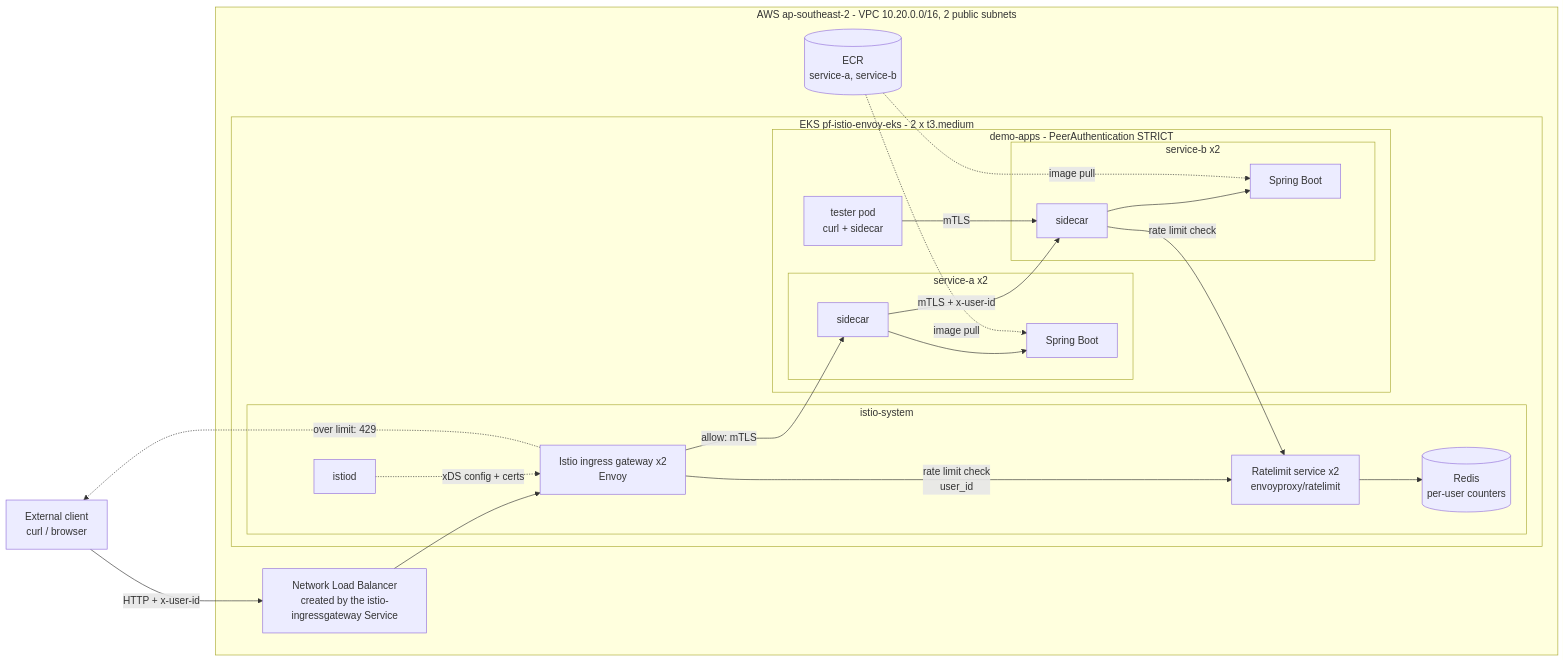
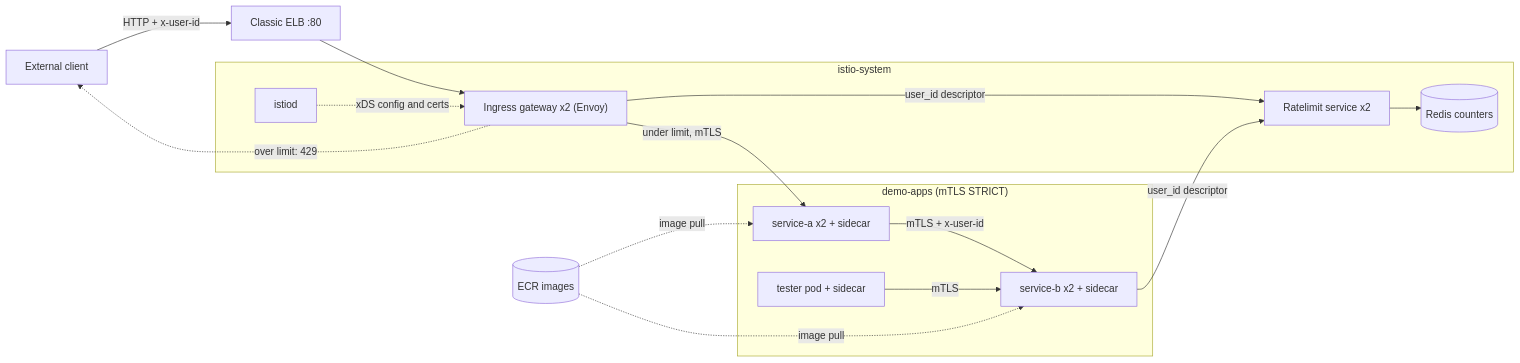
The diagram in diagrams/cluster-data-flow.mmd (mabdullah679/istio-envoy), drawn with Mermaid before and after one commit. The commit also changed 3 other files, not shown here.

Commit message:
Write README.md and README.txt with deployed evidence; refresh diagrams

```diff
--- a/diagrams/cluster-data-flow.mmd
+++ b/diagrams/cluster-data-flow.mmd
@@ -1,40 +1,29 @@
 flowchart LR
-    user[External client<br/>curl / browser]
+    user[External client]
+    elb["Classic ELB :80"]
 
-    subgraph aws["AWS ap-southeast-2 - VPC 10.20.0.0/16, 2 public subnets"]
-        nlb[Network Load Balancer<br/>created by the istio-ingressgateway Service]
-
-        subgraph eks["EKS pf-istio-envoy-eks - 2 x t3.medium"]
-            subgraph istioSystem["istio-system"]
-                ingress[Istio ingress gateway x2<br/>Envoy]
-                istiod[istiod]
-                ratelimit[Ratelimit service x2<br/>envoyproxy/ratelimit]
-                redis[(Redis<br/>per-user counters)]
-            end
-
-            subgraph demoApps["demo-apps - PeerAuthentication STRICT"]
-                tester[tester pod<br/>curl + sidecar]
-                subgraph podA["service-a x2"]
-                    sidecarA[sidecar]
-                    serviceA[Spring Boot]
-                end
-                subgraph podB["service-b x2"]
-                    sidecarB[sidecar]
-                    serviceB[Spring Boot]
-                end
-            end
-        end
-        ecr[(ECR<br/>service-a, service-b)]
+    subgraph istioSystem["istio-system"]
+        ingress["Ingress gateway x2 (Envoy)"]
+        istiod["istiod"]
+        ratelimit["Ratelimit service x2"]
+        redis[("Redis counters")]
     end
 
-    user -->|HTTP + x-user-id| nlb --> ingress
-    ingress -->|rate limit check<br/>user_id| ratelimit --> redis
-    ingress -->|allow: mTLS| sidecarA --> serviceA
-    ingress -.->|over limit: 429| user
-    sidecarA -->|mTLS + x-user-id| sidecarB
-    sidecarB -->|rate limit check| ratelimit
-    sidecarB --> serviceB
-    tester -->|mTLS| sidecarB
-    istiod -.->|xDS config + certs| ingress
-    ecr -.->|image pull| serviceA
-    ecr -.->|image pull| serviceB
+    subgraph demoApps["demo-apps (mTLS STRICT)"]
+        tester["tester pod + sidecar"]
+        svcA["service-a x2 + sidecar"]
+        svcB["service-b x2 + sidecar"]
+    end
+
+    ecr[("ECR images")]
+
+    user -->|"HTTP + x-user-id"| elb --> ingress
+    ingress -->|"user_id descriptor"| ratelimit --> redis
+    ingress -->|"under limit, mTLS"| svcA
+    ingress -.->|"over limit: 429"| user
+    svcA -->|"mTLS + x-user-id"| svcB
+    svcB -->|"user_id descriptor"| ratelimit
+    tester -->|"mTLS"| svcB
+    istiod -.->|"xDS config and certs"| ingress
+    ecr -.->|"image pull"| svcA
+    ecr -.->|"image pull"| svcB
```
